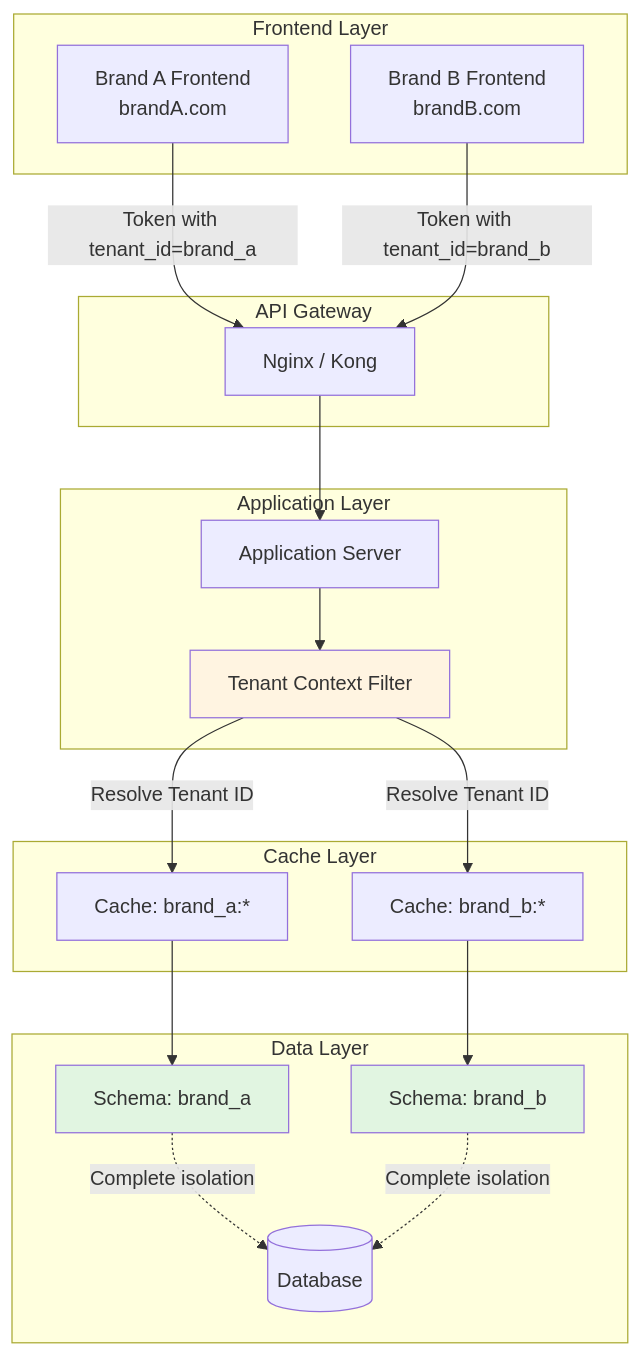
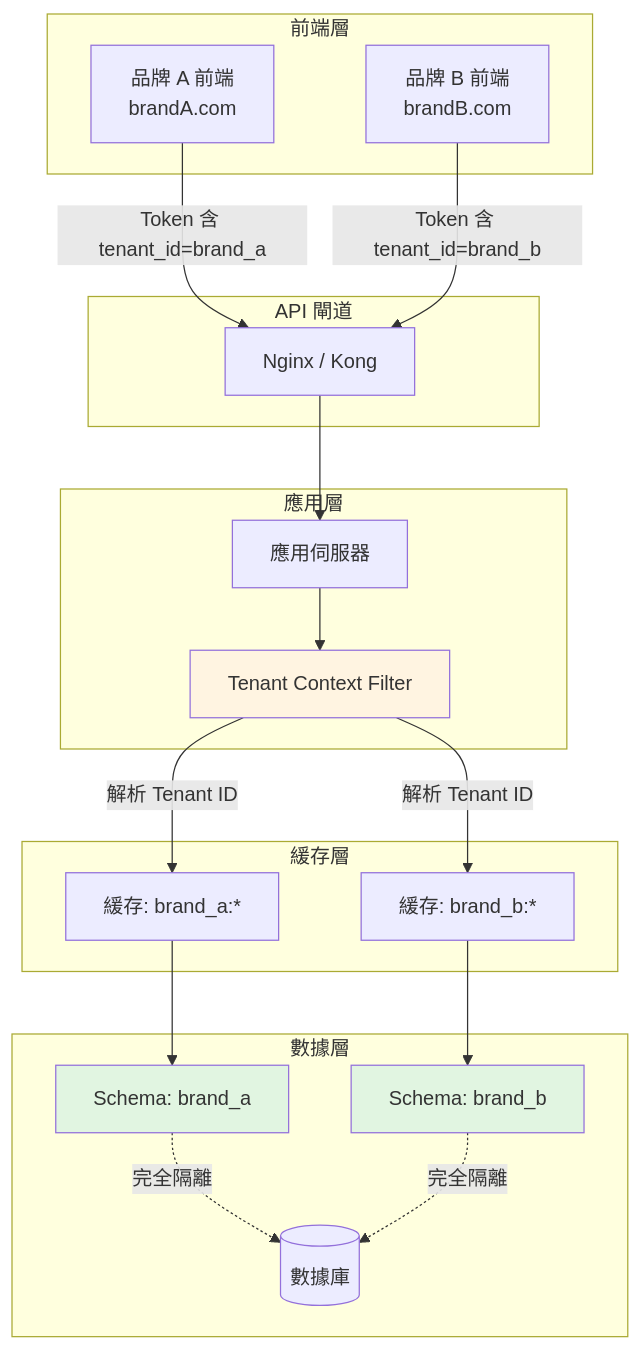
The sixth of 6 diagrams in docs/iGaming/requirements/01_Player_Experience/Business_Flows.md (ron03wlb/smart-admin), drawn with Mermaid before and after one commit. The commit also changed other lines of this file and 4 other files, not shown here.

````diff
--- a/docs/iGaming/requirements/01_Player_Experience/Business_Flows.md
+++ b/docs/iGaming/requirements/01_Player_Experience/Business_Flows.md
@@ -566,46 +566,46 @@
 ```mermaid
 flowchart TD
-    subgraph "Frontend Layer"
-        A1[Brand A Frontend<br/>brandA.com]
-        A2[Brand B Frontend<br/>brandB.com]
+    subgraph "前端層"
+        A1[品牌 A 前端<br/>brandA.com]
+        A2[品牌 B 前端<br/>brandB.com]
     end
 
-    subgraph "API Gateway"
+    subgraph "API 閘道"
         B[Nginx / Kong]
     end
 
-    subgraph "Application Layer"
-        C[Application Server]
+    subgraph "應用層"
+        C[應用伺服器]
         D[Tenant Context Filter]
     end
 
-    subgraph "Cache Layer"
-        E1[Cache: brand_a:*]
-        E2[Cache: brand_b:*]
+    subgraph "緩存層"
+        E1[緩存: brand_a:*]
+        E2[緩存: brand_b:*]
     end
 
-    subgraph "Data Layer"
-        F[(Database)]
+    subgraph "數據層"
+        F[(數據庫)]
         G[Schema: brand_a]
         H[Schema: brand_b]
     end
 
-    A1 -->|Token with tenant_id=brand_a| B
-    A2 -->|Token with tenant_id=brand_b| B
+    A1 -->|Token 含 tenant_id=brand_a| B
+    A2 -->|Token 含 tenant_id=brand_b| B
 
     B --> C
     C --> D
 
-    D -->|Resolve Tenant ID| E1
-    D -->|Resolve Tenant ID| E2
+    D -->|解析 Tenant ID| E1
+    D -->|解析 Tenant ID| E2
 
     E1 --> G
     E2 --> H
 
-    G -.->|Complete isolation| F
-    H -.->|Complete isolation| F
+    G -.->|完全隔離| F
+    H -.->|完全隔離| F
 
     style D fill:#fff4e1
     style G fill:#e1f5e1
     style H fill:#e1f5e1
 ```
````
